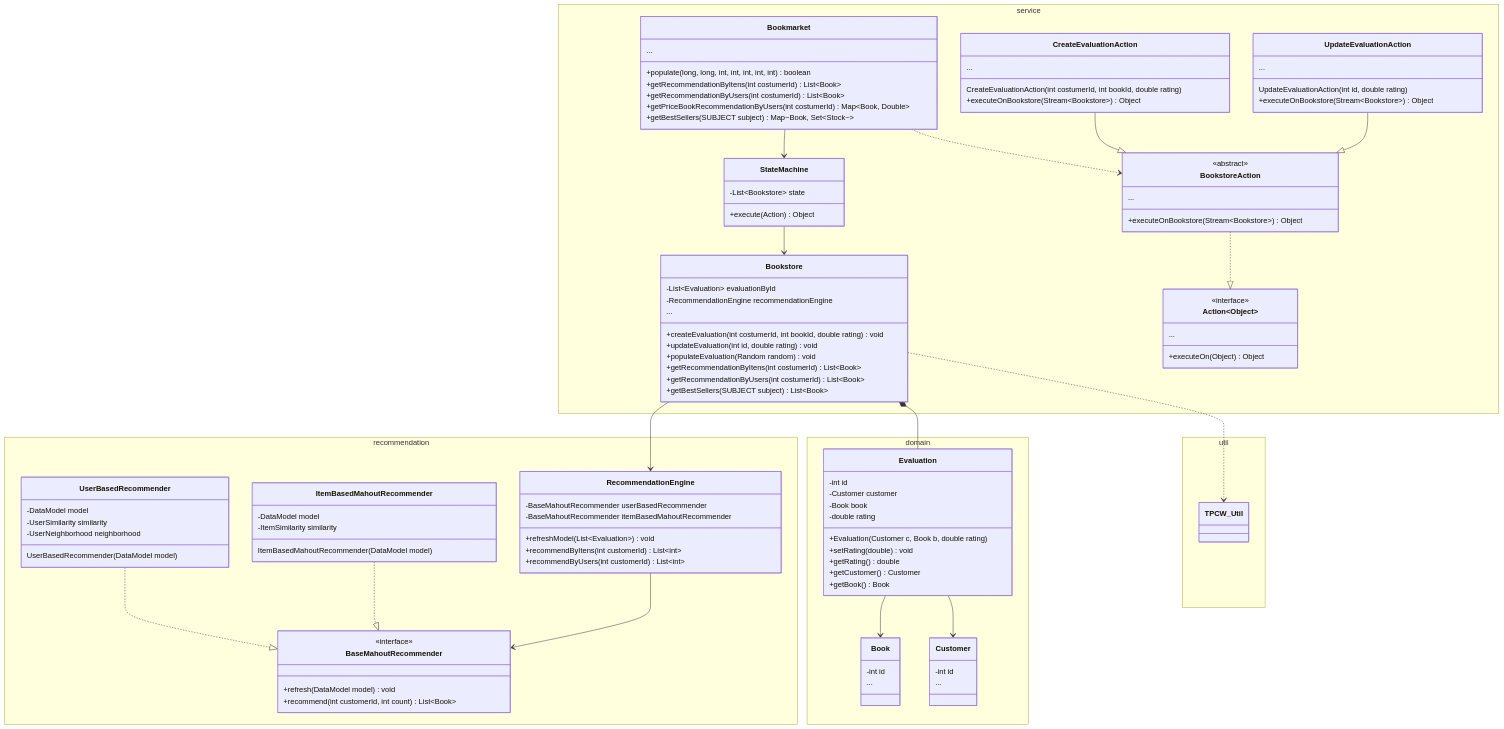
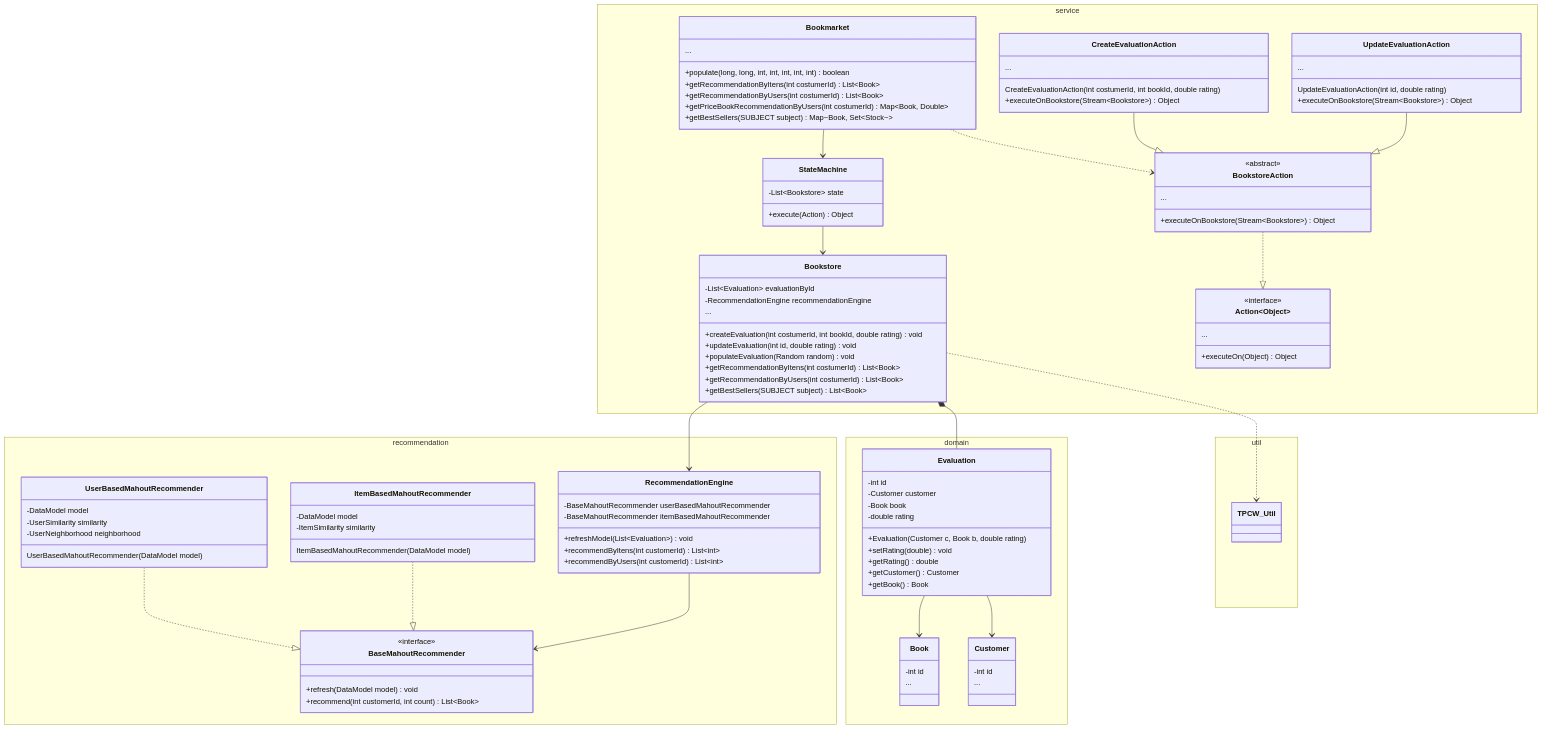
Before and after one commit to melissamcarvalho/inf329-bookmarket: the diagram in README.md, drawn with Mermaid. The commit also changed 2 other files, not shown here.

Commit message:
Rename UserBasedRecommender for consistency

```diff
--- a/README.md
+++ b/README.md
@@ -48,11 +48,11 @@
             +recommend(int customerId, int count) List~Book~
         }
 
-        class UserBasedRecommender {
+        class UserBasedMahoutRecommender {
             -DataModel model
             -UserSimilarity similarity
             -UserNeighborhood neighborhood
-            UserBasedRecommender(DataModel model)
+            UserBasedMahoutRecommender(DataModel model)
         }
 
         class ItemBasedMahoutRecommender {
@@ -62,7 +62,7 @@
         }
 
         class RecommendationEngine  {
-            -BaseMahoutRecommender userBasedRecommender
+            -BaseMahoutRecommender userBasedMahoutRecommender
             -BaseMahoutRecommender itemBasedMahoutRecommender
             +refreshModel(List~Evaluation~) void
             +recommendByItens(int customerId) List~int~
@@ -124,7 +124,7 @@
 
     Bookstore --> RecommendationEngine
     RecommendationEngine --> BaseMahoutRecommender
-    UserBasedRecommender ..|> BaseMahoutRecommender
+    UserBasedMahoutRecommender ..|> BaseMahoutRecommender
     ItemBasedMahoutRecommender ..|> BaseMahoutRecommender
 
 %% Relacionamentos do Dominio
```
